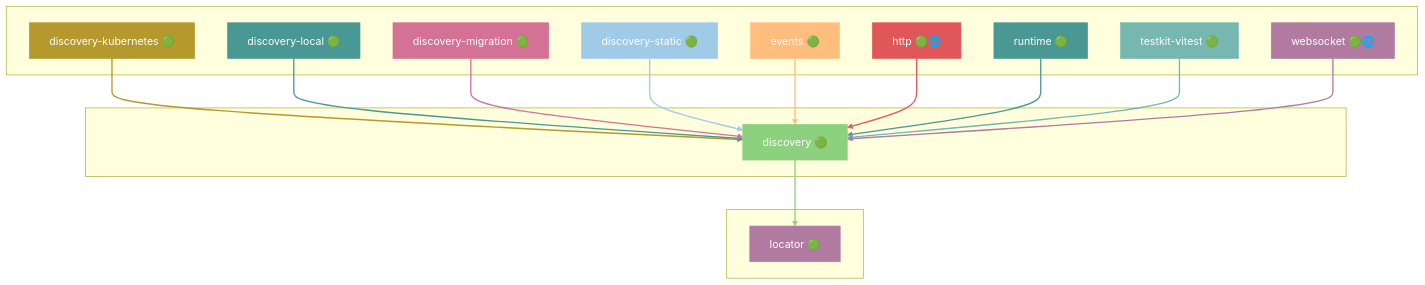
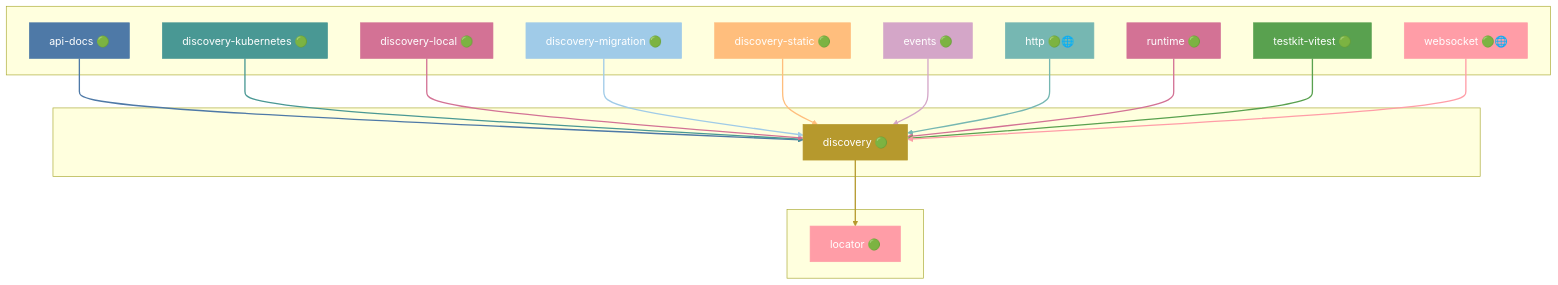
Diagram 14 of 45 in docs/DEPENDENCIES.md (grest-ts/grest-ts), drawn with Mermaid before and after one commit. The commit also changed other lines of this file and 6 other files, not shown here.

````diff
--- a/docs/DEPENDENCIES.md
+++ b/docs/DEPENDENCIES.md
@@ -771,51 +789,55 @@
 ```mermaid
 flowchart TB
     subgraph Dependents[" "]
+        api-docs["api-docs 🟢"]
         discovery-kubernetes["discovery-kubernetes 🟢"]
         discovery-local["discovery-local 🟢"]
         discovery-migration["discovery-migration 🟢"]
         discovery-static["discovery-static 🟢"]
         events["events 🟢"]
         http["http 🟢🌐"]
         runtime["runtime 🟢"]
         testkit-vitest["testkit-vitest 🟢"]
         websocket["websocket 🟢🌐"]
     end
     subgraph Package[" "]
         discovery["discovery 🟢"]
     end
     subgraph Dependencies[" "]
         locator["locator 🟢"]
     end
+    api-docs --> discovery
     discovery-kubernetes --> discovery
     discovery-local --> discovery
     discovery-migration --> discovery
     discovery-static --> discovery
     events --> discovery
     http --> discovery
     runtime --> discovery
     testkit-vitest --> discovery
     websocket --> discovery
     discovery --> locator
-    style discovery fill:#8CD17D,stroke:#8CD17D,color:#fff
-    style discovery-kubernetes fill:#B6992D,stroke:#B6992D,color:#fff
-    style discovery-local fill:#499894,stroke:#499894,color:#fff
-    style discovery-migration fill:#D37295,stroke:#D37295,color:#fff
-    style discovery-static fill:#A0CBE8,stroke:#A0CBE8,color:#fff
-    style events fill:#FFBE7D,stroke:#FFBE7D,color:#fff
-    style http fill:#E15759,stroke:#E15759,color:#fff
-    style runtime fill:#499894,stroke:#499894,color:#fff
-    style testkit-vitest fill:#76B7B2,stroke:#76B7B2,color:#fff
-    style websocket fill:#B07AA1,stroke:#B07AA1,color:#fff
-    style locator fill:#B07AA1,stroke:#B07AA1,color:#fff
-    linkStyle 0 stroke:#B6992D,stroke-width:2px
+    style discovery fill:#B6992D,stroke:#B6992D,color:#fff
+    style api-docs fill:#4E79A7,stroke:#4E79A7,color:#fff
+    style discovery-kubernetes fill:#499894,stroke:#499894,color:#fff
+    style discovery-local fill:#D37295,stroke:#D37295,color:#fff
+    style discovery-migration fill:#A0CBE8,stroke:#A0CBE8,color:#fff
+    style discovery-static fill:#FFBE7D,stroke:#FFBE7D,color:#fff
+    style events fill:#D4A6C8,stroke:#D4A6C8,color:#fff
+    style http fill:#76B7B2,stroke:#76B7B2,color:#fff
+    style runtime fill:#D37295,stroke:#D37295,color:#fff
+    style testkit-vitest fill:#59A14F,stroke:#59A14F,color:#fff
+    style websocket fill:#FF9DA7,stroke:#FF9DA7,color:#fff
+    style locator fill:#FF9DA7,stroke:#FF9DA7,color:#fff
+    linkStyle 0 stroke:#4E79A7,stroke-width:2px
     linkStyle 1 stroke:#499894,stroke-width:2px
     linkStyle 2 stroke:#D37295,stroke-width:2px
     linkStyle 3 stroke:#A0CBE8,stroke-width:2px
     linkStyle 4 stroke:#FFBE7D,stroke-width:2px
-    linkStyle 5 stroke:#E15759,stroke-width:2px
-    linkStyle 6 stroke:#499894,stroke-width:2px
-    linkStyle 7 stroke:#76B7B2,stroke-width:2px
-    linkStyle 8 stroke:#B07AA1,stroke-width:2px
-    linkStyle 9 stroke:#8CD17D,stroke-width:2px
+    linkStyle 5 stroke:#D4A6C8,stroke-width:2px
+    linkStyle 6 stroke:#76B7B2,stroke-width:2px
+    linkStyle 7 stroke:#D37295,stroke-width:2px
+    linkStyle 8 stroke:#59A14F,stroke-width:2px
+    linkStyle 9 stroke:#FF9DA7,stroke-width:2px
+    linkStyle 10 stroke:#B6992D,stroke-width:2px
 ```
````
